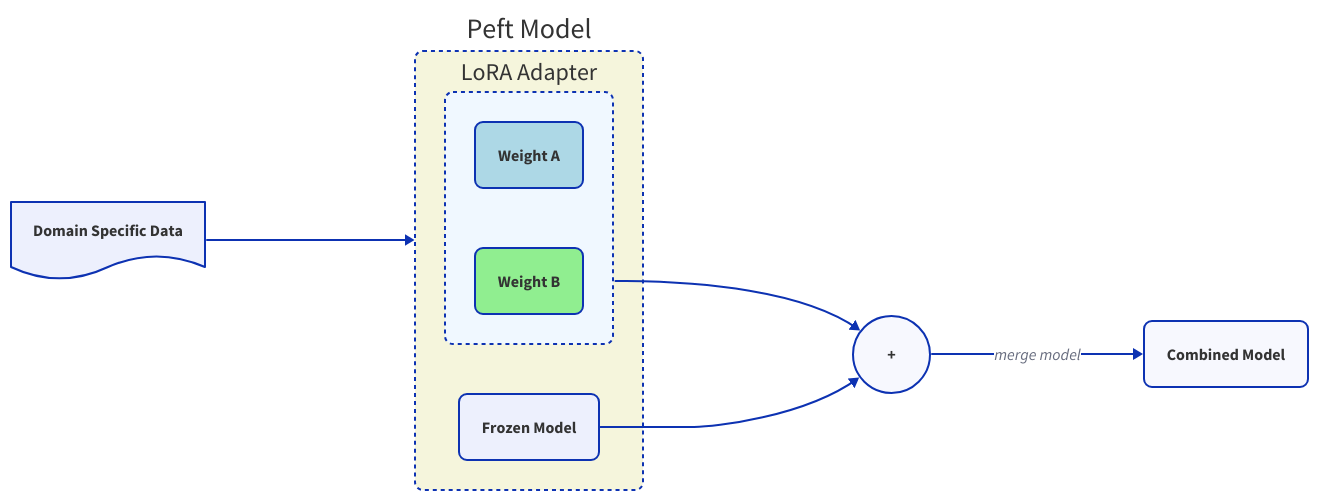
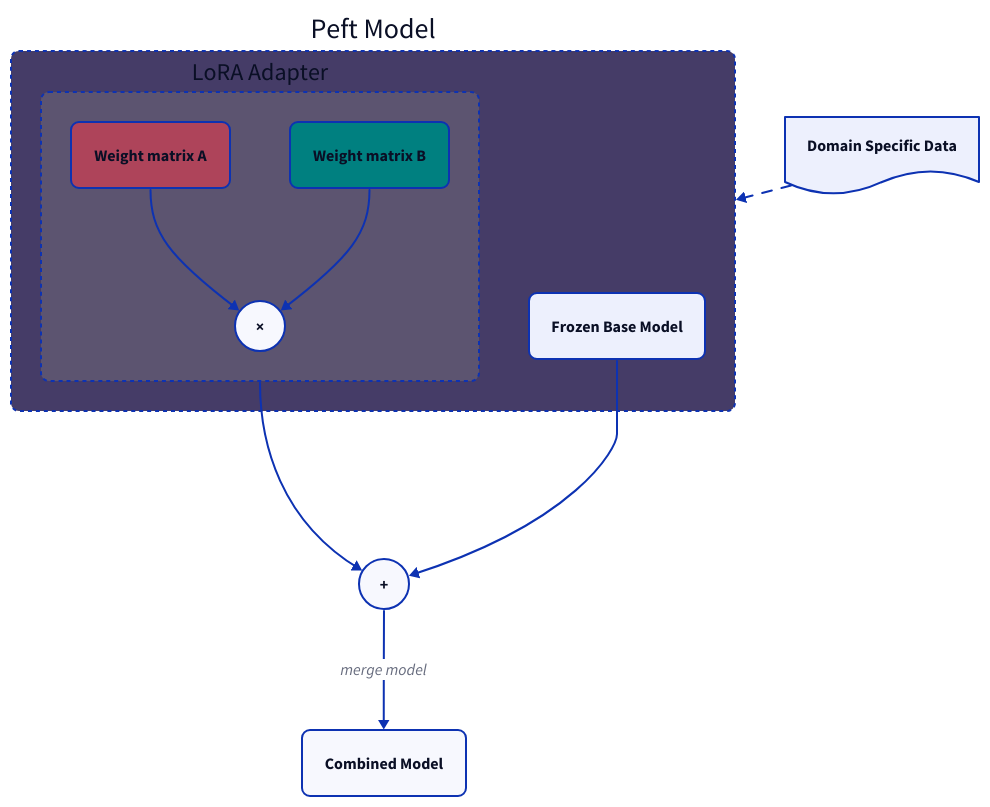
The diagram in src/content/blog/llm-fine-tuning/diagrams/lora.d2 (gautamnaik1994/personal-website-v2), drawn with D2 before and after one commit. The commit also changed 5 other files, not shown here.

Commit message:
updated diagrams

```diff
--- a/src/content/blog/llm-fine-tuning/diagrams/lora.d2
+++ b/src/content/blog/llm-fine-tuning/diagrams/lora.d2
@@ -1,45 +1,59 @@
-direction: right
+direction: down
 
 **.style.border-radius: 8
-**.style.font-color: "#333"
+# **.style.font-color: "#333"
 
 domain_specific_data: "Domain Specific Data" {
   shape: document
 }
 
 peft_model: {
   label: "Peft Model"
   style: {
-    fill: "beige"
+    fill: "#453C67"
     stroke-dash: 2
-    font-color: "#333333"
+    # font-color: "#333333"
   }
-  frozen_model: "Frozen Model"
+  frozen_model: "Frozen Base Model"
   lora_adapter: "LoRA Adapter" {
     style: {
-      fill: "aliceblue"
+      fill: "#5C5470"
       stroke-dash: 2
     }
-    lora_adapter: "Weight A" {
+    multiplier: "×" {
+      shape: circle
+      width: 50
+      height: 50
+    }
+    lora_adapter_1: "Weight matrix A" {
       style: {
-        fill: "lightblue"
+        fill: "#AE445A"
       }
     }
-    lora_adapter_2: "Weight B" {
+
+    lora_adapter_2: "Weight matrix B" {
       style: {
-        fill: "lightgreen"
+        fill: "teal"
       }
     }
+    lora_adapter_1 -> multiplier
+    lora_adapter_2 -> multiplier
   }
 }
 
 adder: "+" {
   shape: circle
+  width: 50
+  height: 50
 }
 
 combined_model: "Combined Model"
 
-domain_specific_data -> peft_model
+domain_specific_data -> peft_model: {
+  style: {
+    animated: true
+  }
+}
 peft_model.lora_adapter -> adder
 peft_model.frozen_model -> adder
 adder -> combined_model: "merge model"
```
